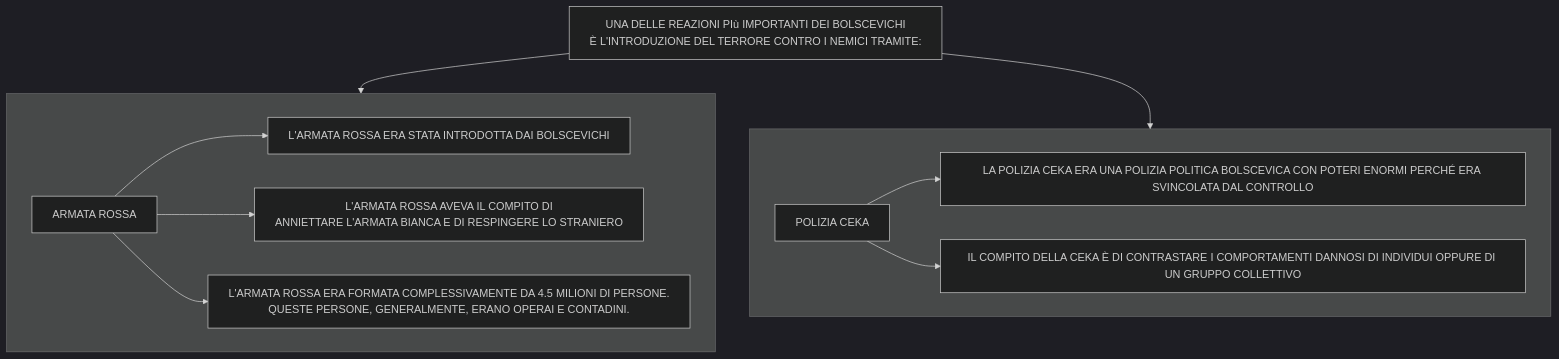
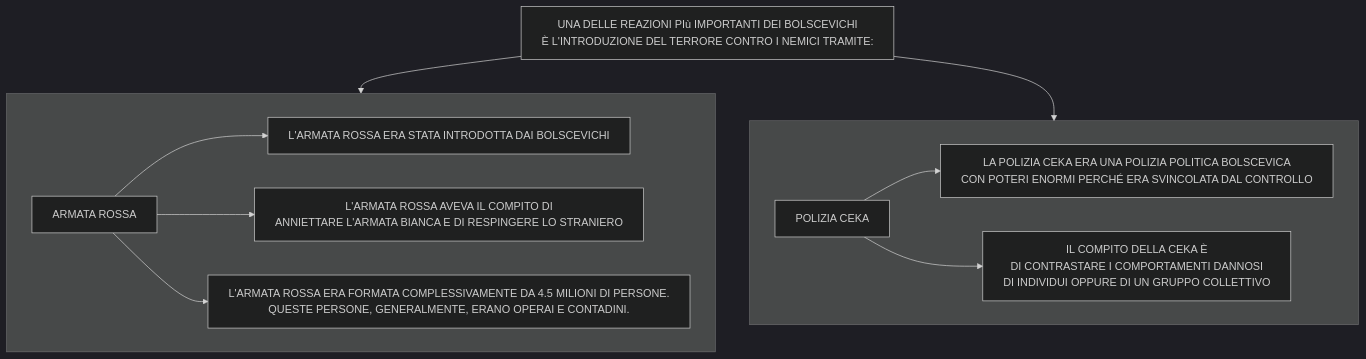
The eighth of 8 diagrams in stalinismoRiscrittura.md (Laaouatni/ricerca-storia-MermaidJS), drawn with Mermaid (dark theme) before and after one commit.

````diff
--- a/stalinismoRiscrittura.md
+++ b/stalinismoRiscrittura.md
@@ -138,19 +138,19 @@
 ```mermaid
 %%{init: { "flowchart": { "wrappingWidth": 800 } }}%%
 flowchart TB
   0[UNA DELLE REAZIONI PIù IMPORTANTI DEI BOLSCEVICHI <br> È L'INTRODUZIONE DEL TERRORE CONTRO I NEMICI TRAMITE:]
   subgraph 1[" "]
     10[ARMATA ROSSA]
     11[L'ARMATA ROSSA ERA STATA INTRODOTTA DAI BOLSCEVICHI]
     12[L'ARMATA ROSSA AVEVA IL COMPITO DI <br>ANNIETTARE L'ARMATA BIANCA E DI RESPINGERE LO STRANIERO]
     13[L'ARMATA ROSSA ERA FORMATA COMPLESSIVAMENTE DA 4.5 MILIONI DI PERSONE. <br> QUESTE PERSONE, GENERALMENTE, ERANO OPERAI E CONTADINI.]
     10 --> 11 & 12 & 13
   end
   subgraph 2[" "]
     20 --> 21 & 22
     20[POLIZIA CEKA]
-    21[LA POLIZIA CEKA ERA UNA POLIZIA POLITICA BOLSCEVICA CON POTERI ENORMI PERCHÉ ERA SVINCOLATA DAL CONTROLLO]
-    22[IL COMPITO DELLA CEKA È DI CONTRASTARE I COMPORTAMENTI DANNOSI DI INDIVIDUI OPPURE DI UN GRUPPO COLLETTIVO]
+    21[LA POLIZIA CEKA ERA UNA POLIZIA POLITICA BOLSCEVICA <br>CON POTERI ENORMI PERCHÉ ERA SVINCOLATA DAL CONTROLLO]
+    22[IL COMPITO DELLA CEKA È <br>DI CONTRASTARE I COMPORTAMENTI DANNOSI <br> DI INDIVIDUI OPPURE DI UN GRUPPO COLLETTIVO]
   end
   0 --> 1 & 2
 ```
````
